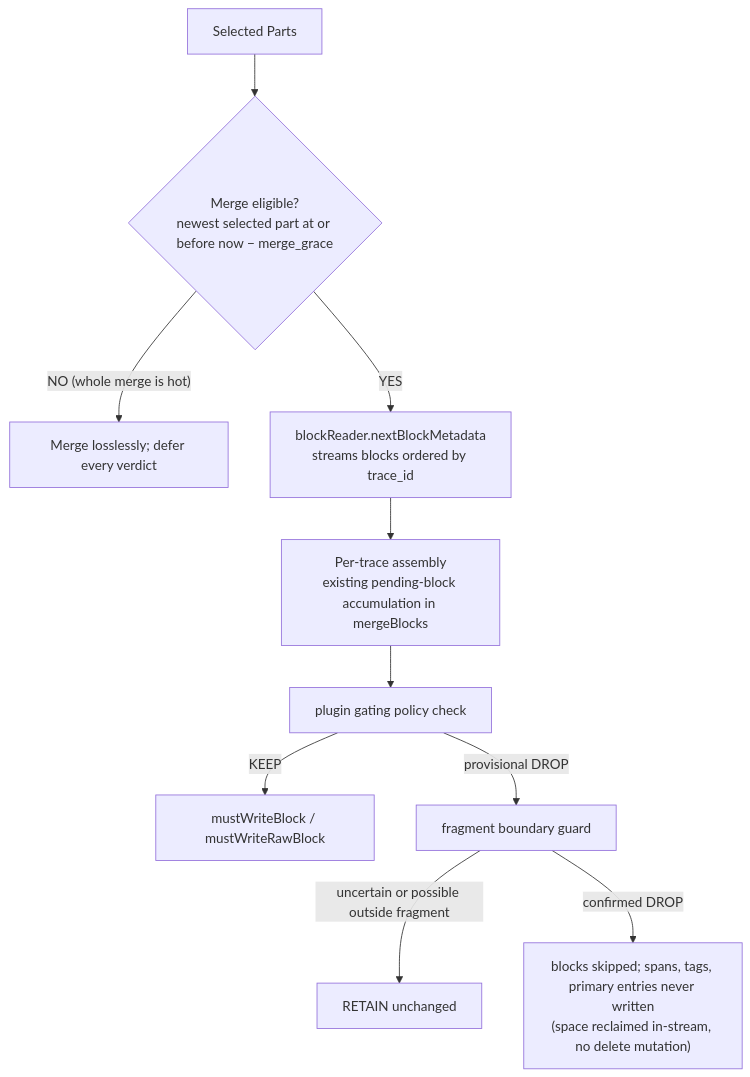
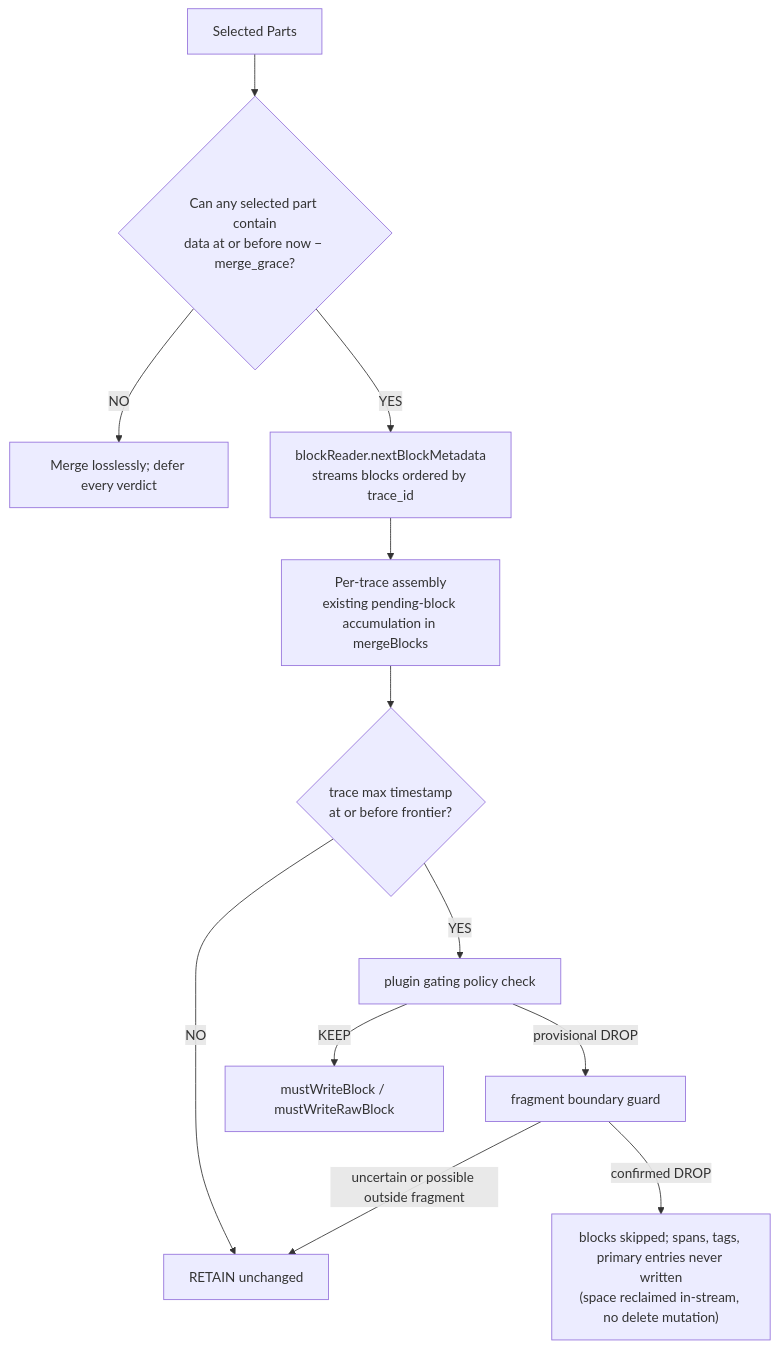
The third of 6 diagrams in docs/design/post-trace-pipeline.md (apache/skywalking-banyandb), drawn with Mermaid before and after one commit. The commit also changed other lines of this file and 20 other files, not shown here.

````diff
--- a/docs/design/post-trace-pipeline.md
+++ b/docs/design/post-trace-pipeline.md
@@ -615,12 +615,14 @@
 ```mermaid
 flowchart TD
-    IP["Selected Parts"] --> MG{"Merge eligible?<br/>newest selected part at or before now − merge_grace"}
-    MG -->|"NO (whole merge is hot)"| LR["Merge losslessly; defer every verdict"]
+    IP["Selected Parts"] --> MG{"Can any selected part contain<br/>data at or before now − merge_grace?"}
+    MG -->|"NO"| LR["Merge losslessly; defer every verdict"]
     MG -->|"YES"| BR["blockReader.nextBlockMetadata<br/>streams blocks ordered by trace_id"]
     BR --> PA["Per-trace assembly<br/>existing pending-block accumulation in mergeBlocks"]
-    PA --> CHK["plugin gating policy check"]
+    PA --> TM{"trace max timestamp<br/>at or before frontier?"}
+    TM -->|"NO"| RET["RETAIN unchanged"]
+    TM -->|"YES"| CHK["plugin gating policy check"]
     CHK -->|"KEEP"| WB["mustWriteBlock / mustWriteRawBlock"]
     CHK -->|"provisional DROP"| BG["fragment boundary guard"]
     BG -->|"uncertain or possible outside fragment"| RET["RETAIN unchanged"]
     BG -->|"confirmed DROP"| SK["blocks skipped; spans, tags, primary entries never written<br/>(space reclaimed in-stream, no delete mutation)"]
 ```
````
